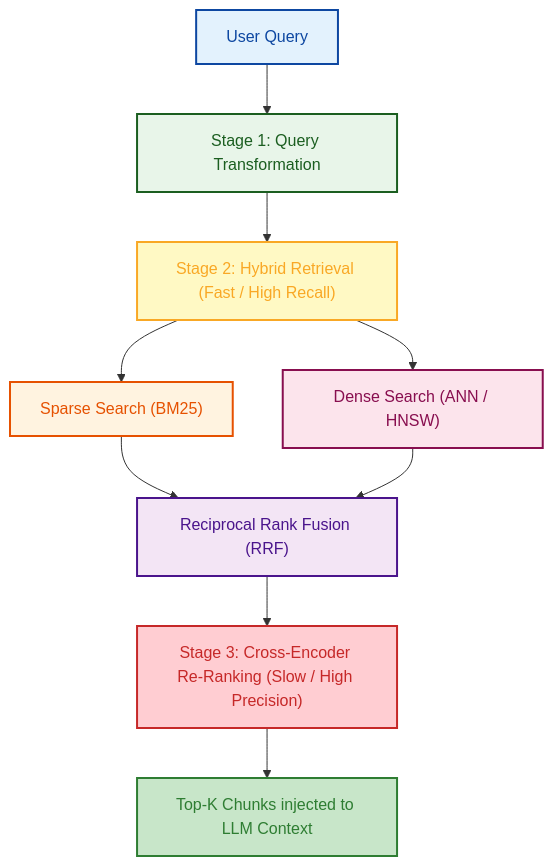
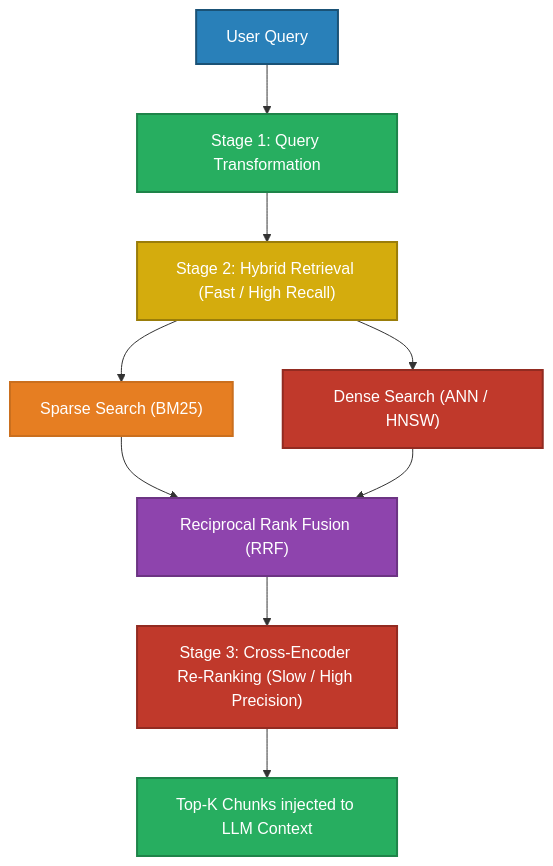
Before and after one commit to GyanendraChaubey/AI-Engineering-Notes: the first of 2 diagrams in docs/06-search-algorithms/README.md, drawn with Mermaid. The commit also changed other lines of this file and 15 other files, not shown here.

Commit message:
style: replace all Mermaid diagram colors with saturated palette + white text for dark mode compatibility (321 changes across 16 files)

````diff
--- a/docs/06-search-algorithms/README.md
+++ b/docs/06-search-algorithms/README.md
@@ -13,22 +13,22 @@
 ```mermaid
 flowchart TD
     A["User Query"] --> B["Stage 1: Query Transformation"]
     B --> C["Stage 2: Hybrid Retrieval (Fast / High Recall)"]
     
     C --> D["Sparse Search (BM25)"]
     C --> E["Dense Search (ANN / HNSW)"]
     
     D --> F["Reciprocal Rank Fusion (RRF)"]
     E --> F
     
     F --> G["Stage 3: Cross-Encoder Re-Ranking (Slow / High Precision)"]
     G --> H["Top-K Chunks injected to LLM Context"]
-    style A fill:#e3f2fd,stroke:#0d47a1,stroke-width:2px,color:#0d47a1
-    style B fill:#e8f5e9,stroke:#1b5e20,stroke-width:2px,color:#1b5e20
-    style C fill:#fff9c4,stroke:#f9a825,stroke-width:2px,color:#f9a825
-    style D fill:#fff3e0,stroke:#e65100,stroke-width:2px,color:#e65100
-    style E fill:#fce4ec,stroke:#880e4f,stroke-width:2px,color:#880e4f
-    style F fill:#f3e5f5,stroke:#4a148c,stroke-width:2px,color:#4a148c
-    style G fill:#ffcdd2,stroke:#c62828,stroke-width:2px,color:#c62828
-    style H fill:#c8e6c9,stroke:#2e7d32,stroke-width:2px,color:#2e7d32
+    style A fill:#2980B9,stroke:#1A5276,stroke-width:2px,color:#FFFFFF
+    style B fill:#27AE60,stroke:#1E8449,stroke-width:2px,color:#FFFFFF
+    style C fill:#D4AC0D,stroke:#9A7D0A,stroke-width:2px,color:#FFFFFF
+    style D fill:#E67E22,stroke:#CA6F1E,stroke-width:2px,color:#FFFFFF
+    style E fill:#C0392B,stroke:#922B21,stroke-width:2px,color:#FFFFFF
+    style F fill:#8E44AD,stroke:#6C3483,stroke-width:2px,color:#FFFFFF
+    style G fill:#C0392B,stroke:#922B21,stroke-width:2px,color:#FFFFFF
+    style H fill:#27AE60,stroke:#1E8449,stroke-width:2px,color:#FFFFFF
 ```
````
